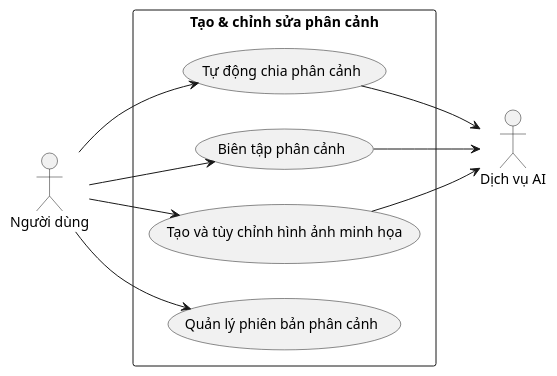
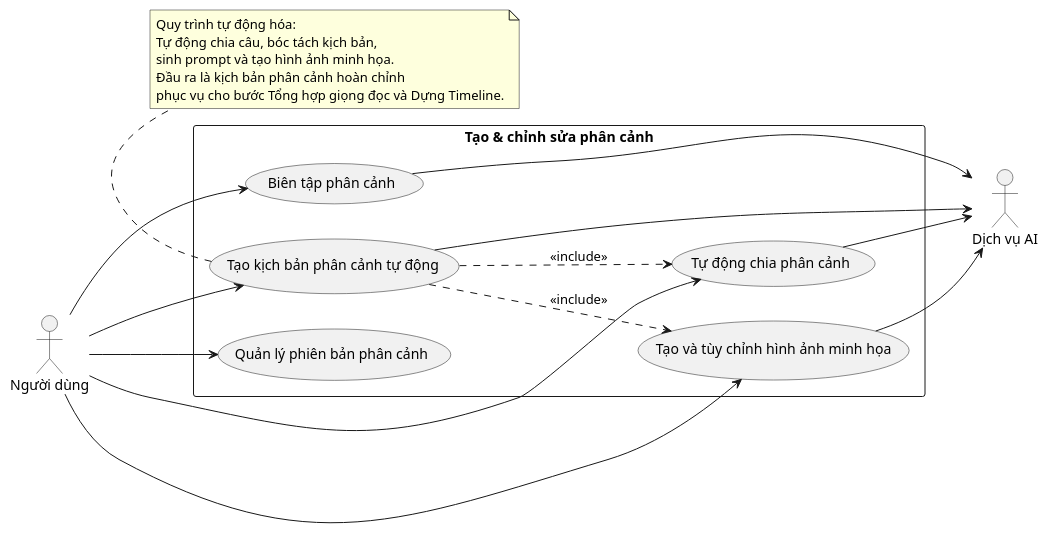
Before and after one commit to 202416852-anhpv/story2video-docs: the diagram in docs/bieu-do-uc/bieu-do-uc-chi-tiet/make/tao-va-chinh-sua-phan-canh.puml, drawn with PlantUML. The commit also changed 5 other files, not shown here.

Commit message:
docs(use-case): chuẩn hóa quan hệ và liên kết luồng nghiệp vụ dựng video

```diff
--- a/docs/bieu-do-uc/bieu-do-uc-chi-tiet/make/tao-va-chinh-sua-phan-canh.puml
+++ b/docs/bieu-do-uc/bieu-do-uc-chi-tiet/make/tao-va-chinh-sua-phan-canh.puml
@@ -1,23 +1,37 @@
 @startuml tao-va-chinh-sua-phan-canh
 left to right direction
 
 actor "Người dùng" as User
 actor "Dịch vụ AI" as AI_Service
 
 rectangle "Tạo & chỉnh sửa phân cảnh" {
+    usecase "Tạo kịch bản phân cảnh tự động" as UC_Auto_All
     usecase "Tự động chia phân cảnh" as UC_01
     usecase "Biên tập phân cảnh" as UC_02
     usecase "Tạo và tùy chỉnh hình ảnh minh họa" as UC_03
     usecase "Quản lý phiên bản phân cảnh" as UC_04
 }
 
+User --> UC_Auto_All
 User --> UC_01
 User --> UC_02
 User --> UC_03
 User --> UC_04
 
+UC_Auto_All ..> UC_01 : <<include>>
+UC_Auto_All ..> UC_03 : <<include>>
+
+UC_Auto_All --> AI_Service
 UC_01 --> AI_Service
 UC_02 --> AI_Service
 UC_03 --> AI_Service
 
+note bottom of UC_Auto_All
+  Quy trình tự động hóa:
+  Tự động chia câu, bóc tách kịch bản,
+  sinh prompt và tạo hình ảnh minh họa.
+  Đầu ra là kịch bản phân cảnh hoàn chỉnh
+  phục vụ cho bước Tổng hợp giọng đọc và Dựng Timeline.
+end note
+
 @enduml
```
